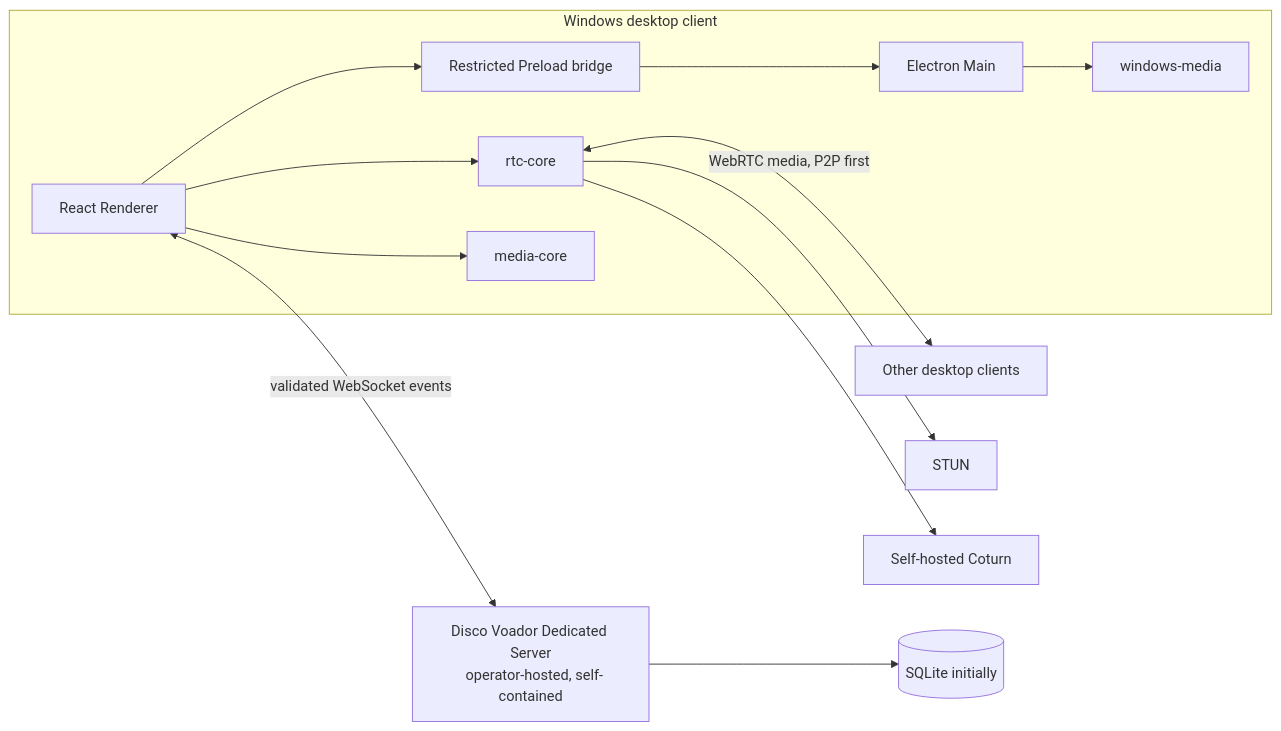
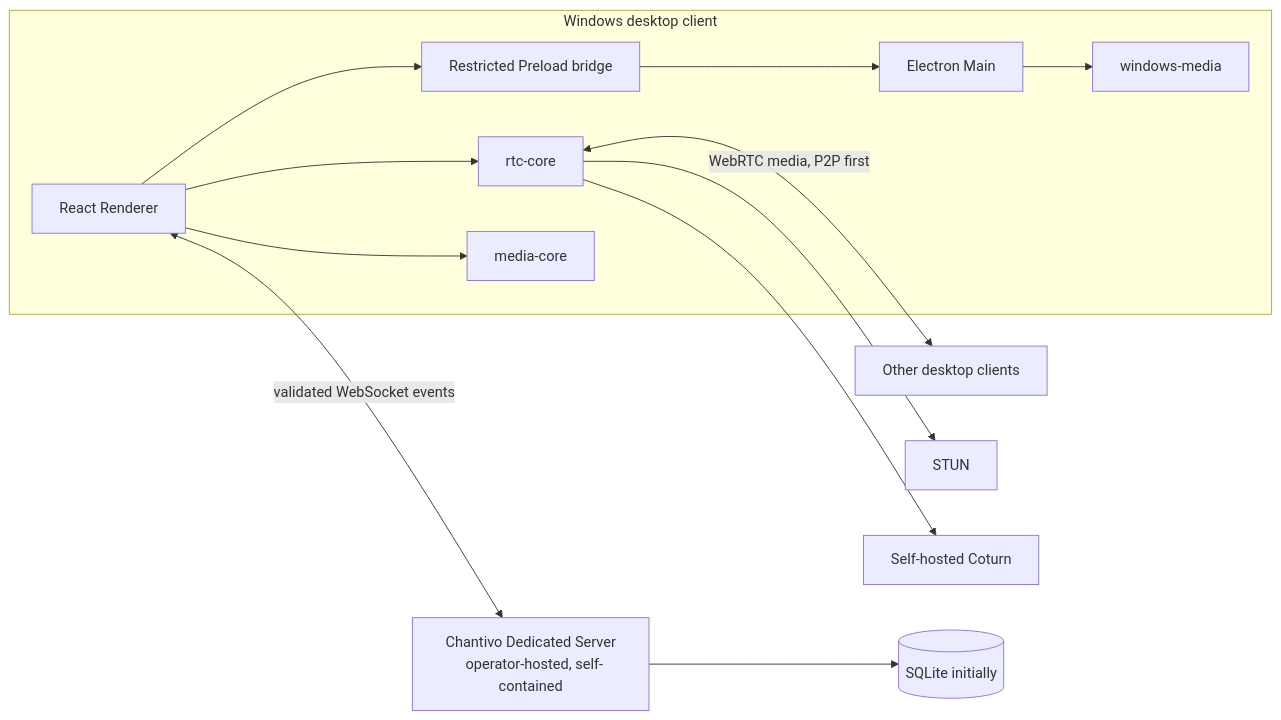
Before and after one commit to RodCas11/OvniChat: the first of 3 diagrams in docs/ARCHITECTURE.md, drawn with Mermaid. The commit also changed other lines of this file and 137 other files, not shown here.

````diff
--- a/docs/ARCHITECTURE.md
+++ b/docs/ARCHITECTURE.md
@@ -26,24 +26,24 @@
 ```mermaid
 flowchart LR
   subgraph Client[Windows desktop client]
     Main[Electron Main]
     Preload[Restricted Preload bridge]
     Renderer[React Renderer]
     RTC[rtc-core]
     Media[media-core]
     WinMedia[windows-media]
 
     Renderer --> Preload
     Preload --> Main
     Renderer --> RTC
     Renderer --> Media
     Main --> WinMedia
   end
 
-  Renderer <-->|validated WebSocket events| Dedicated[Disco Voador Dedicated Server
+  Renderer <-->|validated WebSocket events| Dedicated[Chantivo Dedicated Server
   operator-hosted, self-contained]
   RTC <-->|WebRTC media, P2P first| Peers[Other desktop clients]
   RTC --> STUN[STUN]
   RTC --> TURN[Self-hosted Coturn]
   Dedicated --> Storage[(SQLite initially)]
 ```
````
